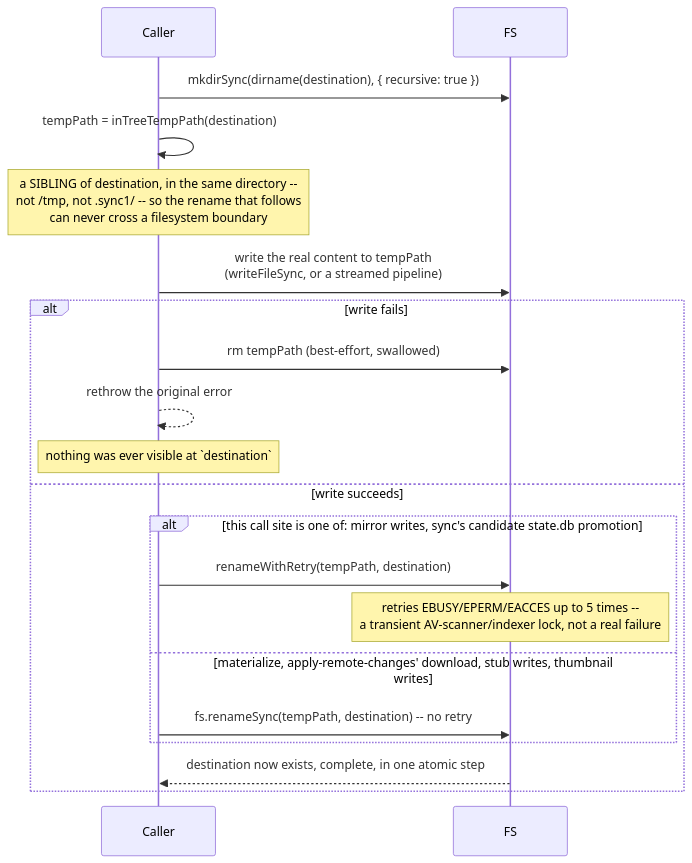
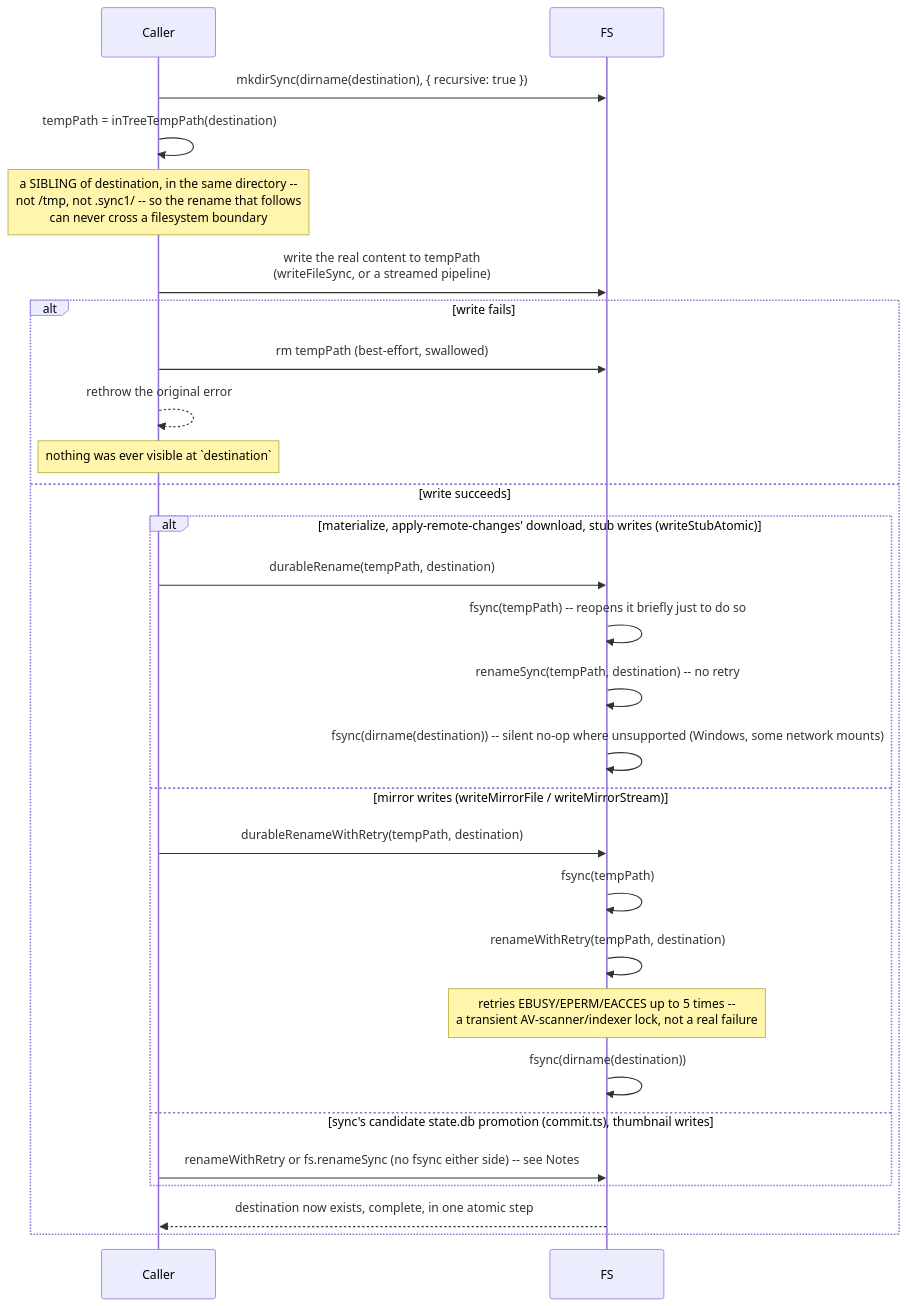
One commit to ribaptista/sync1 changed the diagram in docs/sequences/flow-atomic-publish.md. Above: the diagram before and after it, drawn with Mermaid. The commit also changed other lines of this file and 9 other files, not shown here.

````diff
--- a/docs/sequences/flow-atomic-publish.md
+++ b/docs/sequences/flow-atomic-publish.md
@@ -15,23 +29,31 @@
 ```mermaid
 sequenceDiagram
     participant Caller
     participant FS
 
     Caller->>FS: mkdirSync(dirname(destination), { recursive: true })
     Caller->>Caller: tempPath = inTreeTempPath(destination)
     note over Caller: a SIBLING of destination, in the same directory --<br/>not /tmp, not .sync1/ -- so the rename that follows<br/>can never cross a filesystem boundary
     Caller->>FS: write the real content to tempPath<br/>(writeFileSync, or a streamed pipeline)
     alt write fails
         Caller->>FS: rm tempPath (best-effort, swallowed)
         Caller-->>Caller: rethrow the original error
         note over Caller: nothing was ever visible at `destination`
     else write succeeds
-        alt this call site is one of: mirror writes, sync's candidate state.db promotion
-            Caller->>FS: renameWithRetry(tempPath, destination)
+        alt materialize, apply-remote-changes' download, stub writes (writeStubAtomic)
+            Caller->>FS: durableRename(tempPath, destination)
+            FS->>FS: fsync(tempPath) -- reopens it briefly just to do so
+            FS->>FS: renameSync(tempPath, destination) -- no retry
+            FS->>FS: fsync(dirname(destination)) -- silent no-op where unsupported (Windows, some network mounts)
+        else mirror writes (writeMirrorFile / writeMirrorStream)
+            Caller->>FS: durableRenameWithRetry(tempPath, destination)
+            FS->>FS: fsync(tempPath)
+            FS->>FS: renameWithRetry(tempPath, destination)
             note over FS: retries EBUSY/EPERM/EACCES up to 5 times --<br/>a transient AV-scanner/indexer lock, not a real failure
-        else materialize, apply-remote-changes' download, stub writes, thumbnail writes
-            Caller->>FS: fs.renameSync(tempPath, destination) -- no retry
+            FS->>FS: fsync(dirname(destination))
+        else sync's candidate state.db promotion (commit.ts), thumbnail writes
+            Caller->>FS: renameWithRetry or fs.renameSync (no fsync either side) -- see Notes
         end
         FS-->>Caller: destination now exists, complete, in one atomic step
     end
 ```
````
